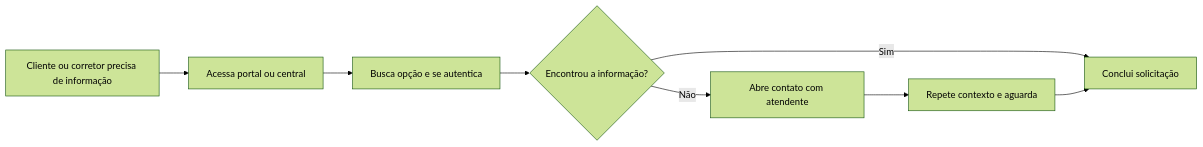
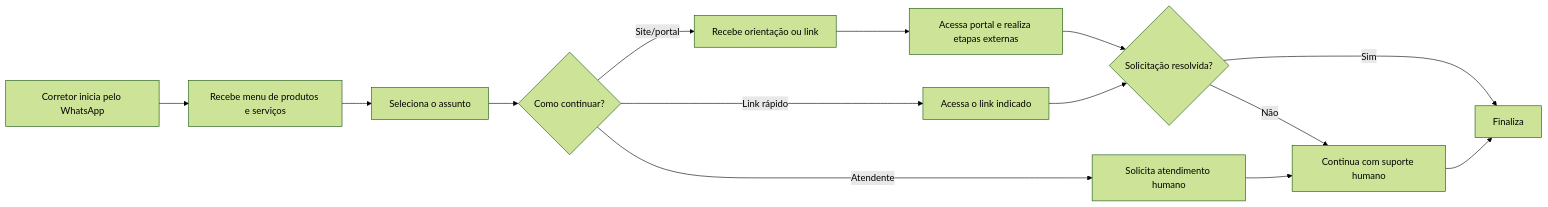
One commit to BertaT2C/Fluxograma_Automacao_Whatsapp_Chatbot changed the first of 2 diagrams in README.md. Above: the diagram before and after it, drawn with Mermaid (forest theme). The commit also changed other lines of this file, not shown here.

Commit message:
Corrige AS IS com entrada por WhatsApp e TO BE de automação gradual

````diff
--- a/README.md
+++ b/README.md
@@ -32,10 +36,16 @@
 ```mermaid
 flowchart LR
-  A[Cliente ou corretor precisa de informação] --> B[Acessa portal ou central]
-  B --> C[Busca opção e se autentica]
-  C --> D{Encontrou a informação?}
-  D -->|Sim| E[Conclui solicitação]
-  D -->|Não| F[Abre contato com atendente]
-  F --> G[Repete contexto e aguarda]
-  G --> E
+  A["Corretor inicia pelo WhatsApp"] --> B["Recebe menu de produtos e serviços"]
+  B --> C["Seleciona o assunto"]
+  C --> D{"Como continuar?"}
+  D -->|"Site/portal"| E["Recebe orientação ou link"]
+  E --> F["Acessa portal e realiza etapas externas"]
+  D -->|"Link rápido"| G["Acessa o link indicado"]
+  D -->|"Atendente"| H["Solicita atendimento humano"]
+  F --> I{"Solicitação resolvida?"}
+  G --> I
+  H --> J["Continua com suporte humano"]
+  I -->|"Sim"| K["Finaliza"]
+  I -->|"Não"| J
+  J --> K
 ```
````
